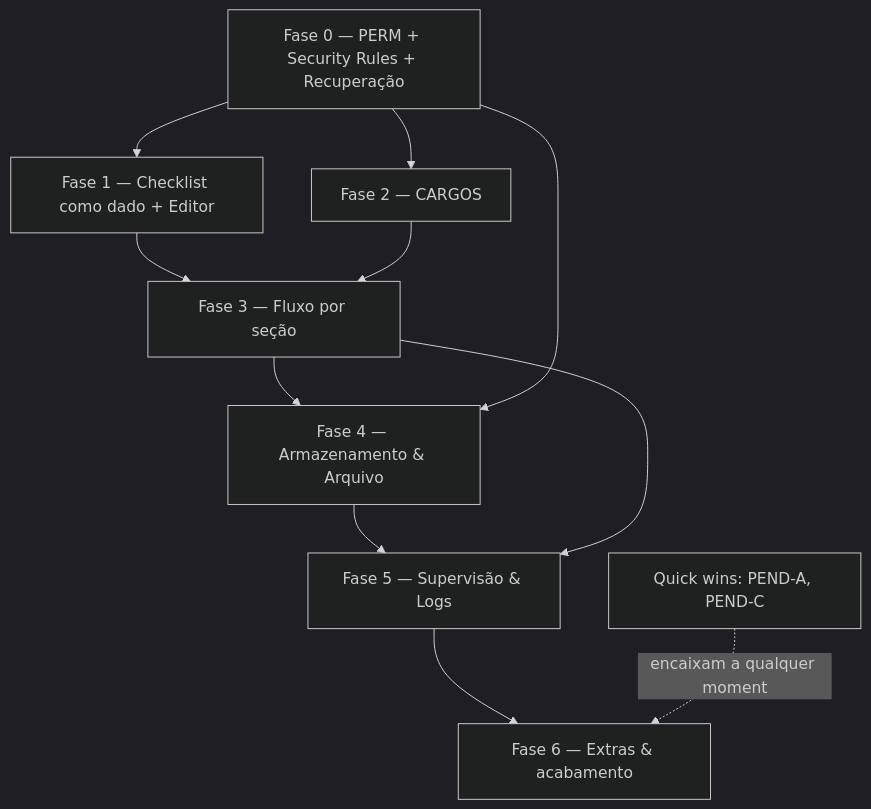
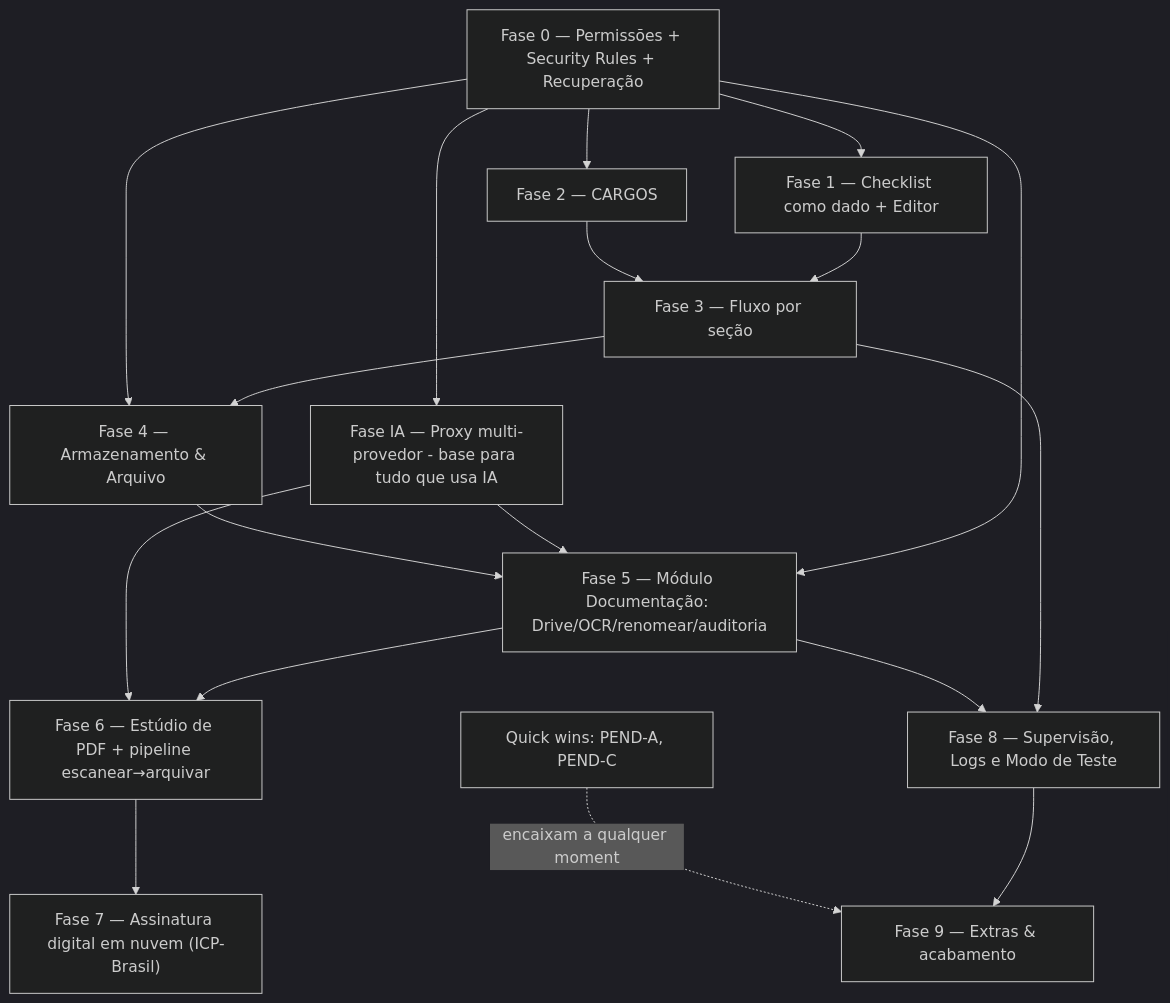
Before and after one commit to taynaves/ccb-pia-compliance: the diagram in docs/PLANO_MESTRE_IMPLEMENTACAO_v1.md, drawn with Mermaid (dark theme). The commit also changed other lines of this file and 1 other file, not shown here.

````diff
--- a/docs/PLANO_MESTRE_IMPLEMENTACAO_v1.md
+++ b/docs/PLANO_MESTRE_IMPLEMENTACAO_v1.md
@@ -35,13 +44,20 @@
 ```mermaid
 graph TD
-  F0[Fase 0 — PERM + Security Rules + Recuperação] --> F1[Fase 1 — Checklist como dado + Editor]
-  F0 --> F2[Fase 2 — CARGOS]
-  F1 --> F3[Fase 3 — Fluxo por seção]
+  F0["Fase 0 — Permissões + Security Rules + Recuperação"] --> F1["Fase 1 — Checklist como dado + Editor"]
+  F0 --> F2["Fase 2 — CARGOS"]
+  F1 --> F3["Fase 3 — Fluxo por seção"]
   F2 --> F3
-  F3 --> F4[Fase 4 — Armazenamento & Arquivo]
+  F0 --> FIA["Fase IA — Proxy multi-provedor - base para tudo que usa IA"]
+  F3 --> F4["Fase 4 — Armazenamento & Arquivo"]
   F0 --> F4
-  F4 --> F5[Fase 5 — Supervisão & Logs]
-  F3 --> F5
-  F5 --> F6[Fase 6 — Extras & acabamento]
-  QW[Quick wins: PEND-A, PEND-C] -.encaixam a qualquer momento.-> F6
+  F0 --> F5["Fase 5 — Módulo Documentação: Drive/OCR/renomear/auditoria"]
+  FIA --> F5
+  F4 --> F5
+  F5 --> F6["Fase 6 — Estúdio de PDF + pipeline escanear→arquivar"]
+  FIA --> F6
+  F6 --> F7["Fase 7 — Assinatura digital em nuvem (ICP-Brasil)"]
+  F3 --> F8["Fase 8 — Supervisão, Logs e Modo de Teste"]
+  F5 --> F8
+  F8 --> F9["Fase 9 — Extras & acabamento"]
+  QW["Quick wins: PEND-A, PEND-C"] -.encaixam a qualquer momento.-> F9
 ```
````
